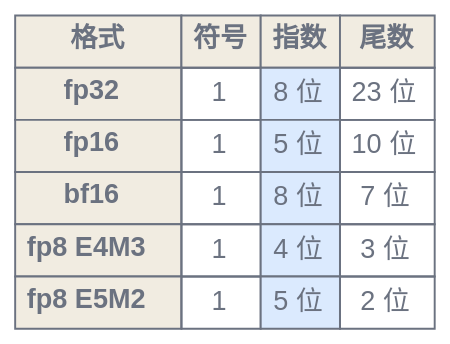
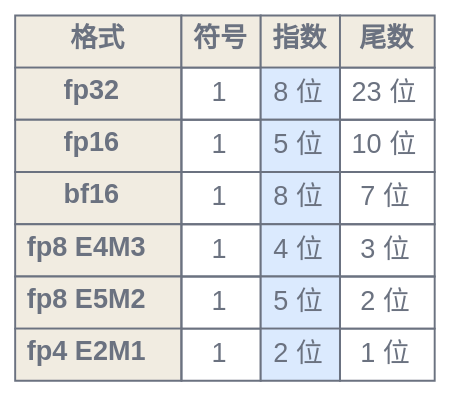
Before and after one commit to latere-ai/ai-as-an-infrastructure: the third of 4 diagrams in zh/foundations/06-training-at-scale.qmd, drawn with Graphviz. The commit also changed other lines of this file and 14 other files, not shown here.

````diff
--- a/zh/foundations/06-training-at-scale.qmd
+++ b/zh/foundations/06-training-at-scale.qmd
@@ -81,19 +83,20 @@
 ```{dot}
 //| label: fig-training-precision
-//| fig-cap: "各训练精度的位布局。符号、指数与尾数字段按宽度绘制。bf16 继承了 fp32 的八个指数位，这正是它无需损失缩放即可跨越相同范围的原因。"
+//| fig-cap: "各训练精度的位布局。符号、指数与尾数字段按宽度绘制。bf16 继承了 fp32 的八个指数位，这正是它无需损失缩放即可跨越相同范围的原因。fp4 的 E2M1 几乎什么都留不下，所以微缩放格式要给每一小块数值配一个自己的缩放因子。"
 digraph precision {
   bgcolor="transparent";
   rankdir=LR;
   node [shape=plaintext, fontname="Helvetica", fontcolor="#6b7280"];
   t [label=<
     <table border="0" cellborder="1" cellspacing="0" cellpadding="5" color="#6b7280">
       <tr><td bgcolor="#f1ece1"><b>格式</b></td><td bgcolor="#f1ece1"><b>符号</b></td><td bgcolor="#f1ece1"><b>指数</b></td><td bgcolor="#f1ece1"><b>尾数</b></td></tr>
       <tr><td bgcolor="#f1ece1"><b>fp32</b></td><td>1</td><td bgcolor="#dbeafe">8 位</td><td>23 位</td></tr>
       <tr><td bgcolor="#f1ece1"><b>fp16</b></td><td>1</td><td bgcolor="#dbeafe">5 位</td><td>10 位</td></tr>
       <tr><td bgcolor="#f1ece1"><b>bf16</b></td><td>1</td><td bgcolor="#dbeafe">8 位</td><td>7 位</td></tr>
       <tr><td bgcolor="#f1ece1"><b>fp8 E4M3</b></td><td>1</td><td bgcolor="#dbeafe">4 位</td><td>3 位</td></tr>
       <tr><td bgcolor="#f1ece1"><b>fp8 E5M2</b></td><td>1</td><td bgcolor="#dbeafe">5 位</td><td>2 位</td></tr>
+      <tr><td bgcolor="#f1ece1"><b>fp4 E2M1</b></td><td>1</td><td bgcolor="#dbeafe">2 位</td><td>1 位</td></tr>
     </table>
   >];
 }
 ```
````
